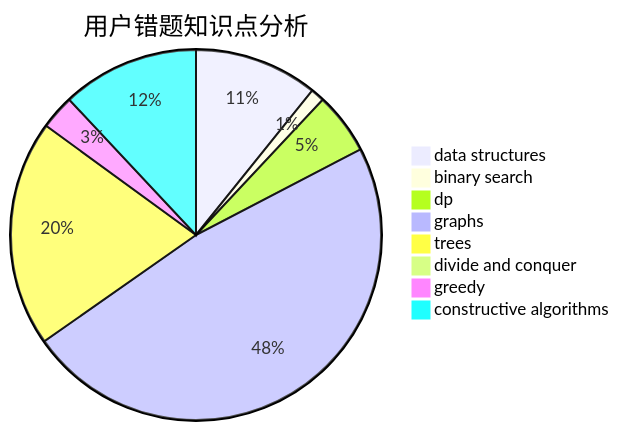
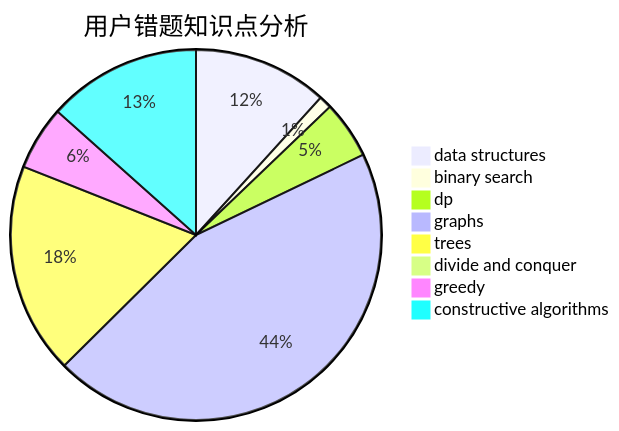
The third of 3 diagrams in docs/user/u935.md (sherpahu/cfrs.github.io), drawn with Mermaid before and after one commit. The commit also changed other lines of this file and 2770 other files, not shown here.

````diff
--- a/docs/user/u935.md
+++ b/docs/user/u935.md
@@ -36,11 +36,11 @@
 ```mermaid
 pie title 用户错题知识点分析
-    "data structures" :  18
+    "data structures" :  21
     "binary search" :  2
     "dp" :  9
     "graphs" :  80
     "trees" :  33
     "divide and conquer" :  1
-    "greedy" :  5
-    "constructive algorithms" :  20
+    "greedy" :  10
+    "constructive algorithms" :  24
 ```
````
